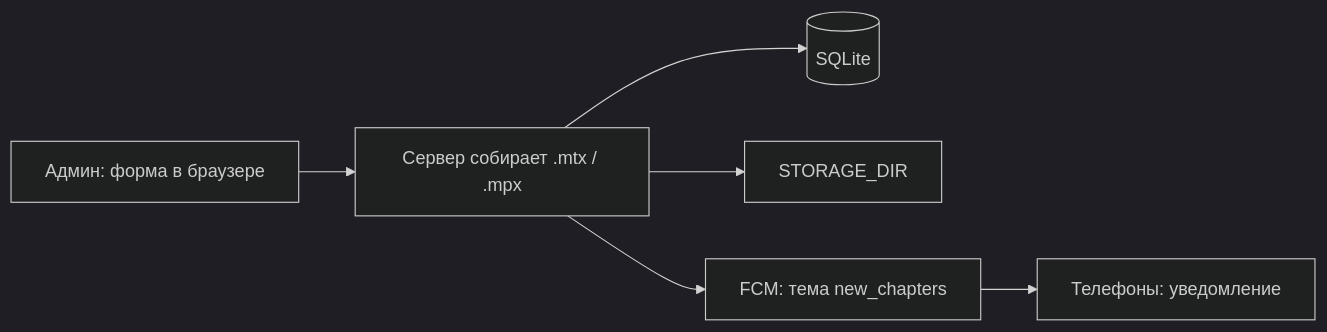
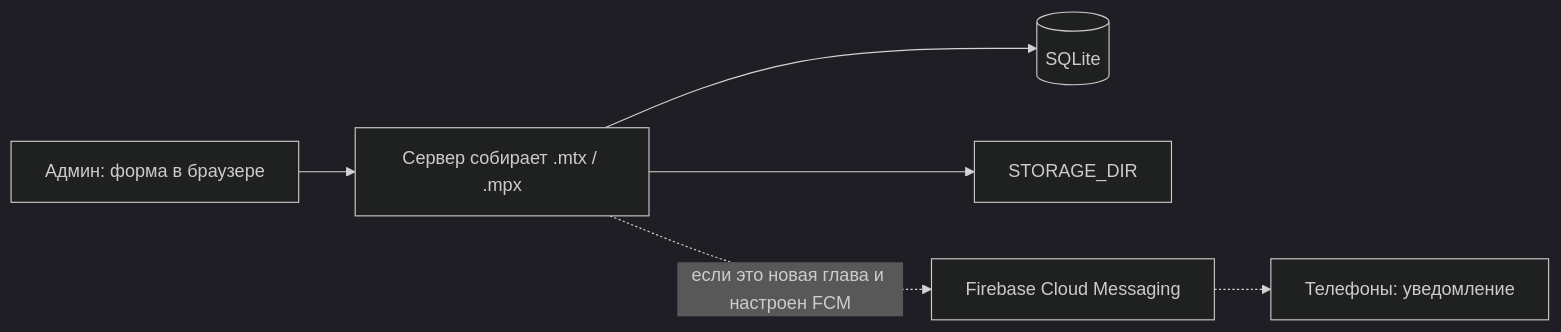
The second of 3 diagrams in README.md (dedussamosval/AlyaNovel), drawn with Mermaid (dark theme) before and after one commit. The commit also changed other lines of this file and 18 other files, not shown here.

````diff
--- a/README.md
+++ b/README.md
@@ -107,8 +107,8 @@
 ```mermaid
 flowchart LR
     A["Админ: форма в браузере"] --> B["Сервер собирает .mtx / .mpx"]
     B --> C[("SQLite")]
     B --> D["STORAGE_DIR"]
-    B --> E["FCM: тема new_chapters"]
-    E --> F["Телефоны: уведомление"]
+    B -. "если это новая глава и настроен FCM" .-> E["Firebase Cloud Messaging"]
+    E -.-> F["Телефоны: уведомление"]
 ```
````
